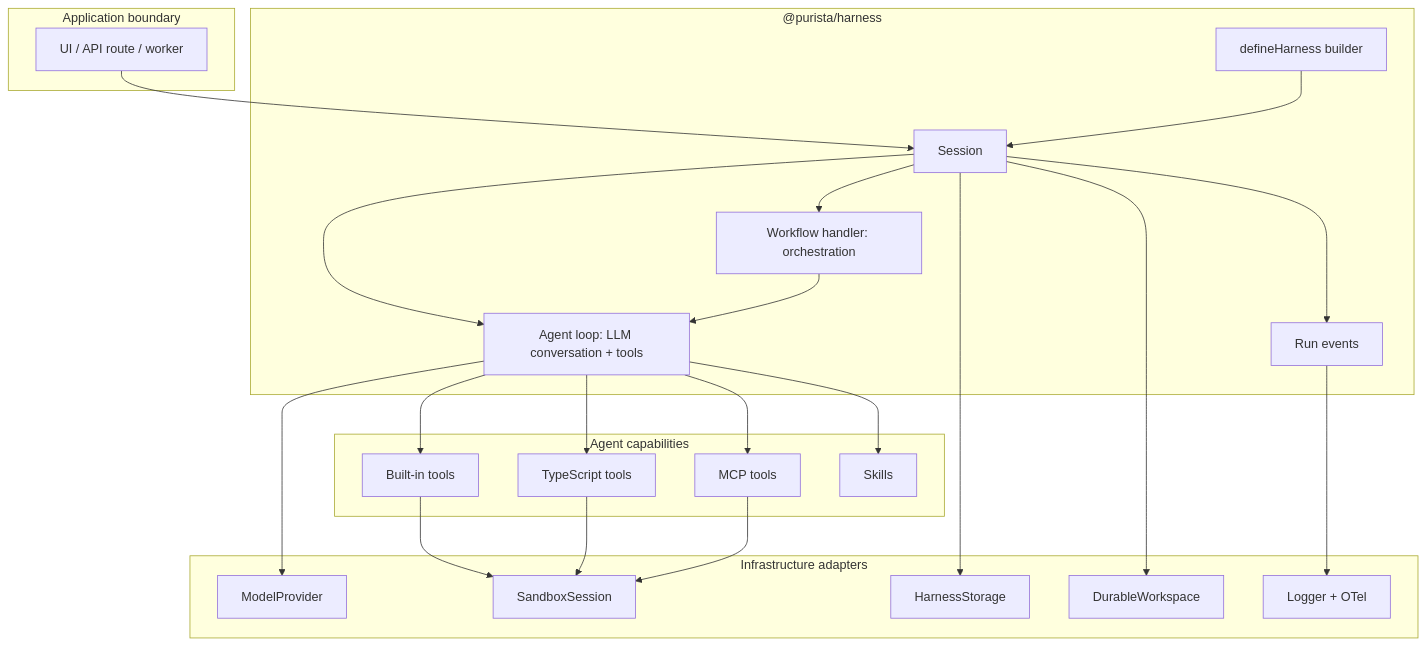
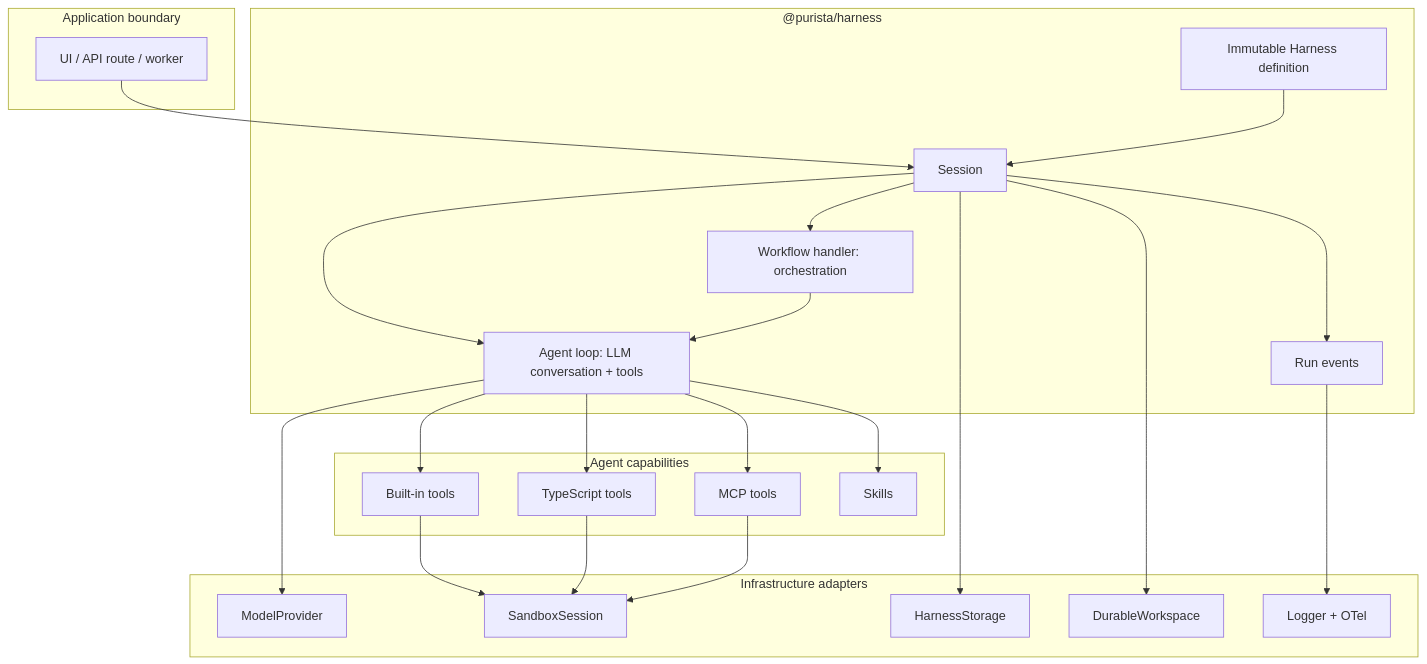
Before and after one commit to puristajs/harness: the first of 5 diagrams in docs/concepts/architecture.md, drawn with Mermaid. The commit also changed other lines of this file and 133 other files, not shown here.

````diff
--- a/docs/concepts/architecture.md
+++ b/docs/concepts/architecture.md
@@ -9,47 +9,47 @@
 ```mermaid
 flowchart TB
   subgraph App["Application boundary"]
     UI["UI / API route / worker"]
   end
 
   subgraph Harness["@purista/harness"]
-    Builder["defineHarness builder"]
+    Definition["Immutable Harness definition"]
     Session["Session"]
     Agent["Agent loop: LLM conversation + tools"]
     Workflow["Workflow handler: orchestration"]
     Events["Run events"]
   end
 
   subgraph Adapters["Infrastructure adapters"]
     Model["ModelProvider"]
     State["HarnessStorage"]
     Sandbox["SandboxSession"]
     Workspace["DurableWorkspace"]
     Telemetry["Logger + OTel"]
   end
 
   subgraph Capabilities["Agent capabilities"]
     Builtin["Built-in tools"]
     TsTool["TypeScript tools"]
     Mcp["MCP tools"]
     Skills["Skills"]
   end
 
   UI --> Session
-  Builder --> Session
+  Definition --> Session
   Session --> Agent
   Session --> Workflow
   Workflow --> Agent
   Agent --> Model
   Agent --> Builtin
   Agent --> TsTool
   Agent --> Mcp
   Agent --> Skills
   Builtin --> Sandbox
   TsTool --> Sandbox
   Mcp --> Sandbox
   Session --> State
   Session --> Workspace
   Session --> Events
   Events --> Telemetry
 ```
````
